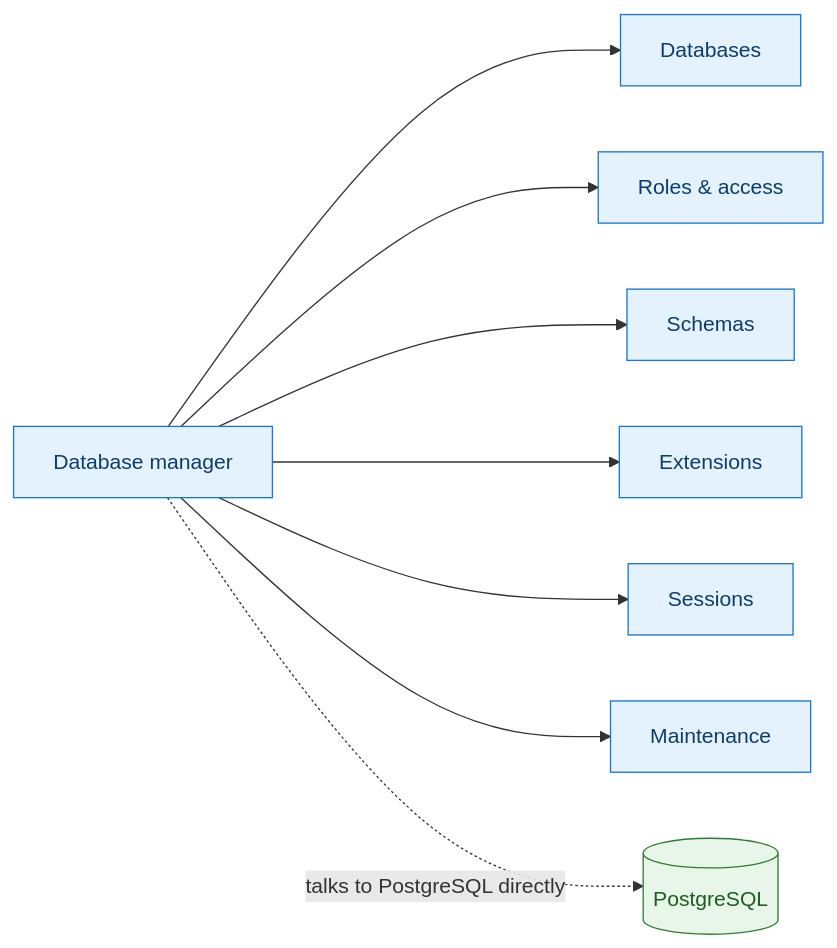
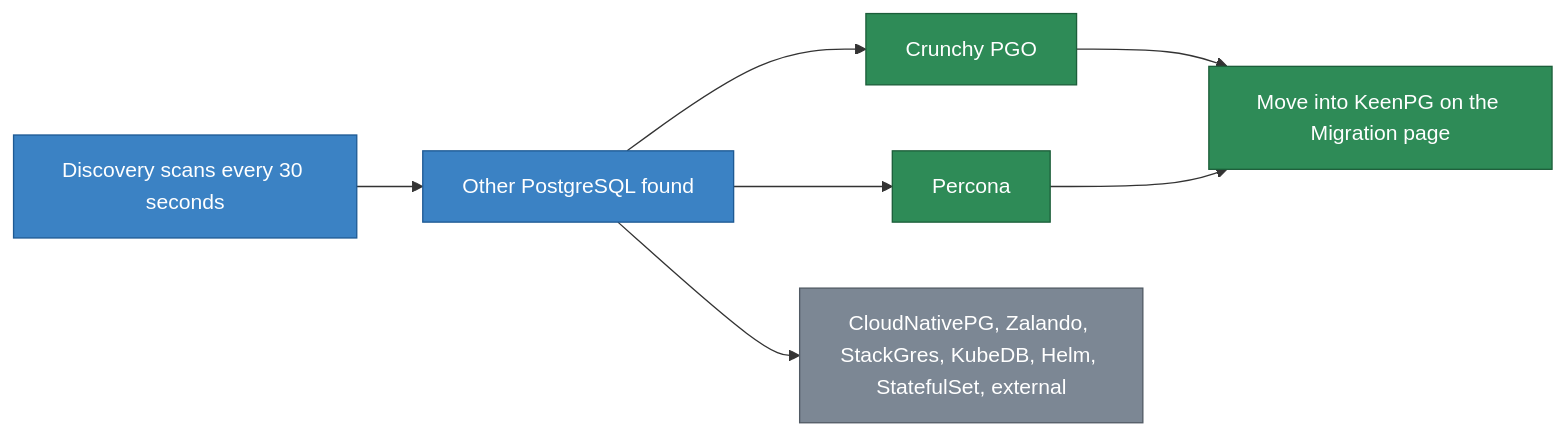
Before and after one commit to AdityaPanchall/keenpg-documentation: diagram 12 of 12 in docs/console.md, drawn with Mermaid. The commit also changed other lines of this file and 1 other file, not shown here.

Commit message:
Update KeenPGO console documentation

````diff
--- a/docs/console.md
+++ b/docs/console.md
@@ -1019,15 +966,16 @@
 ```mermaid
 flowchart LR
-    DM["Database manager"] --> T1["Databases"]
-    DM --> T2["Roles & access"]
-    DM --> T3["Schemas"]
-    DM --> T4["Extensions"]
-    DM --> T5["Sessions"]
-    DM --> T6["Maintenance"]
-    DM -.->|"talks to PostgreSQL directly"| PG[("PostgreSQL")]
+    SC["Discovery scans every 30 seconds"] --> F["Other PostgreSQL found"]
+    F --> C1["Crunchy PGO"]
+    F --> C2["Percona"]
+    F --> C3["CloudNativePG, Zalando, StackGres, KubeDB, Helm, StatefulSet, external"]
+    C1 --> MG["Move into KeenPG on the Migration page"]
+    C2 --> MG
 
-    classDef step fill:#e3f2fd,stroke:#1976d2,color:#0d3c6e
-    classDef ok fill:#e8f5e9,stroke:#2e7d32,color:#1b5e20
-    class DM,T1,T2,T3,T4,T5,T6 step
-    class PG ok
+    classDef step fill:#3b82c4,stroke:#1e5a94,color:#fff
+    classDef ok fill:#2e8b57,stroke:#1c5e3a,color:#fff
+    classDef muted fill:#7c8794,stroke:#515a64,color:#fff
+    class SC,F step
+    class C1,C2,MG ok
+    class C3 muted
 ```
````
